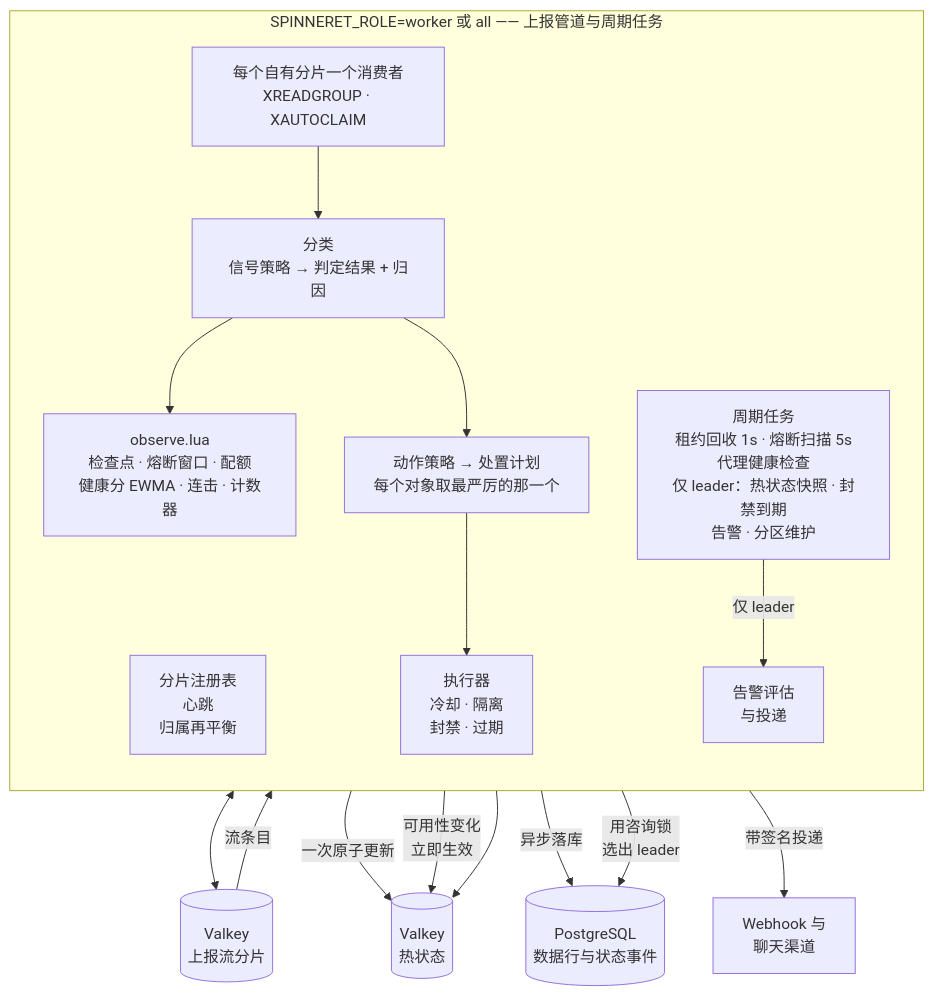
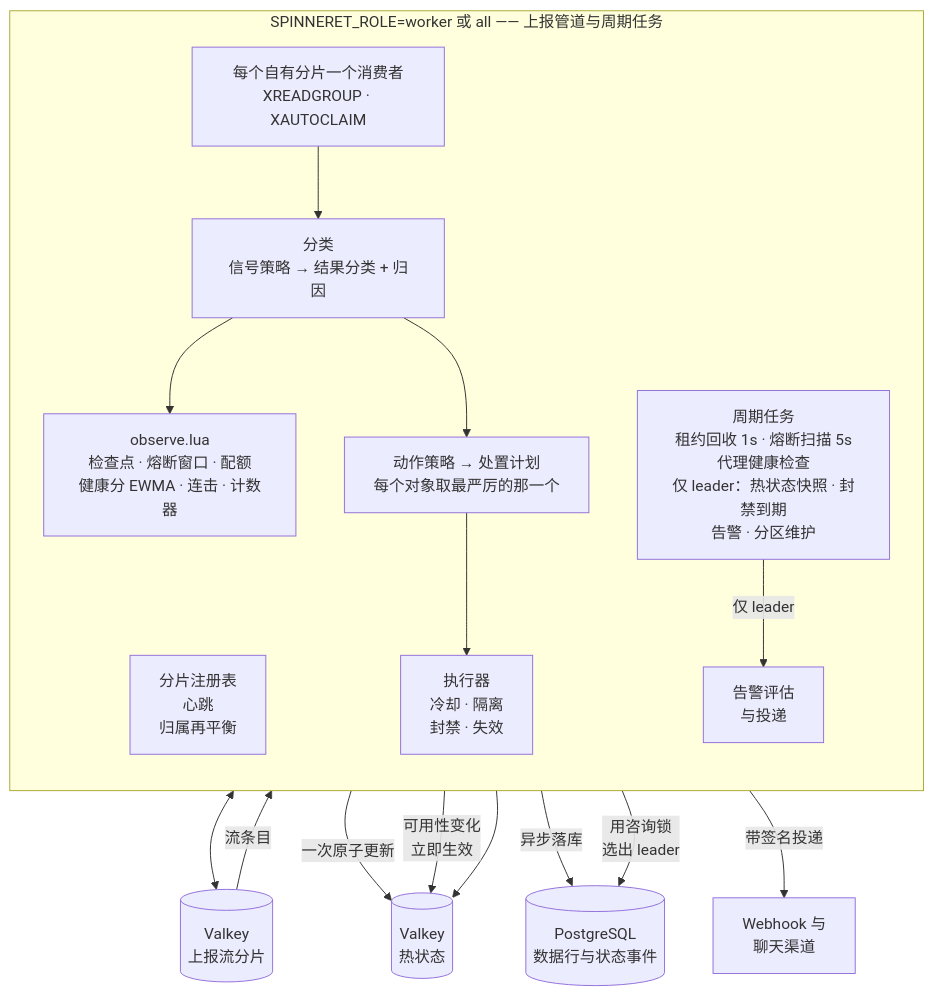
The second of 12 diagrams in README.zh-CN.md (TikHub/Spinneret), drawn with Mermaid before and after one commit. The commit also changed other lines of this file and 1 other file, not shown here.

````diff
--- a/README.zh-CN.md
+++ b/README.zh-CN.md
@@ -163,34 +303,34 @@
 ```mermaid
 flowchart TB
     RDIN[("Valkey<br/>上报流分片")]
 
     subgraph WORKERROLE["SPINNERET_ROLE=worker 或 all —— 上报管道与周期任务"]
         direction TB
         REG["分片注册表<br/>心跳<br/>归属再平衡"]
         CONS["每个自有分片一个消费者<br/>XREADGROUP · XAUTOCLAIM"]
-        CLASS["分类<br/>信号策略 → 判定结果 + 归因"]
+        CLASS["分类<br/>信号策略 → 结果分类 + 归因"]
         OBS["observe.lua<br/>检查点 · 熔断窗口 · 配额<br/>健康分 EWMA · 连击 · 计数器"]
         PLAN["动作策略 → 处置计划<br/>每个对象取最严厉的那一个"]
-        EXEC["执行器<br/>冷却 · 隔离<br/>封禁 · 过期"]
+        EXEC["执行器<br/>冷却 · 隔离<br/>封禁 · 失效"]
         JOBS["周期任务<br/>租约回收 1s · 熔断扫描 5s<br/>代理健康检查<br/>仅 leader：热状态快照 · 封禁到期<br/>告警 · 分区维护"]
         NOTIFY["告警评估<br/>与投递"]
     end
 
     RDOUT[("Valkey<br/>热状态")]
     PG[("PostgreSQL<br/>数据行与状态事件")]
     HOOK["Webhook 与<br/>聊天渠道"]
 
     RDIN -->|"流条目"| CONS
     REG <--> RDIN
     CONS --> CLASS
     CLASS --> OBS
     CLASS --> PLAN
     PLAN --> EXEC
     OBS -->|"一次原子更新"| RDOUT
     EXEC -->|"可用性变化<br/>立即生效"| RDOUT
     EXEC -->|"异步落库"| PG
     JOBS --> RDOUT
     JOBS -->|"用咨询锁<br/>选出 leader"| PG
     JOBS -->|"仅 leader"| NOTIFY
     NOTIFY -->|"带签名投递"| HOOK
 ```
````
